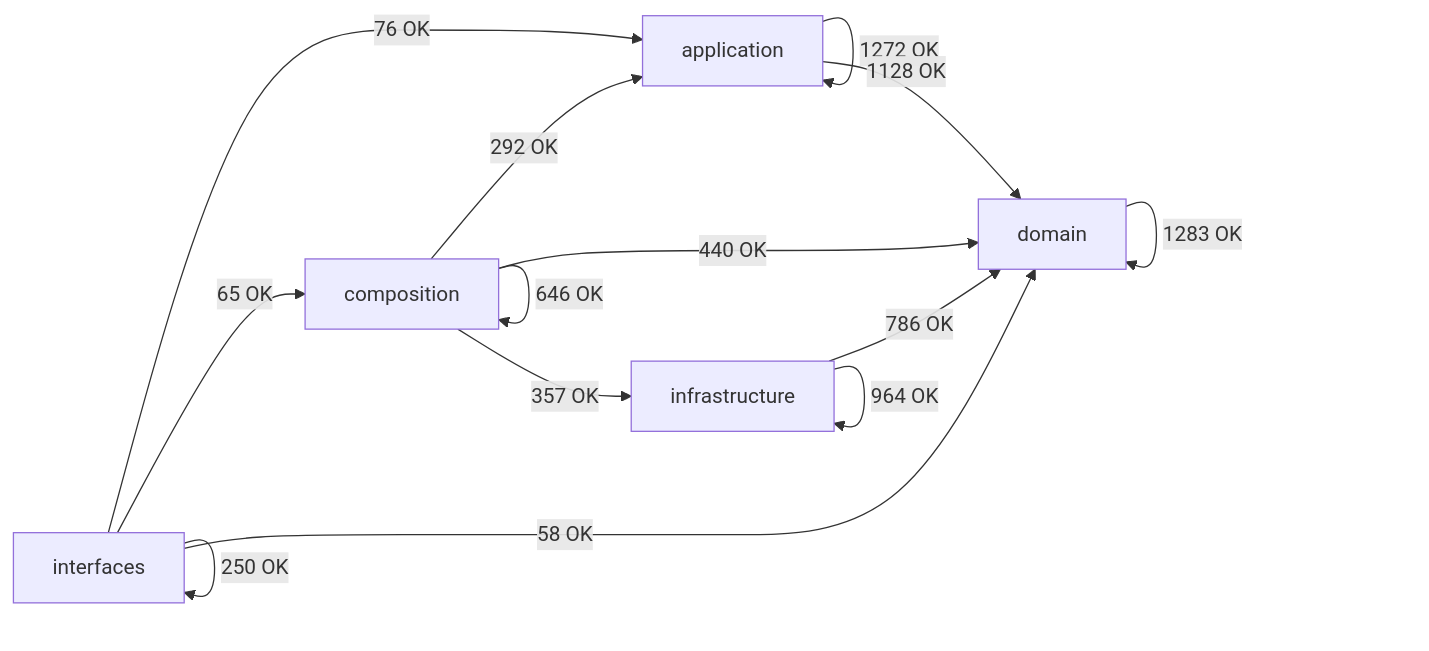
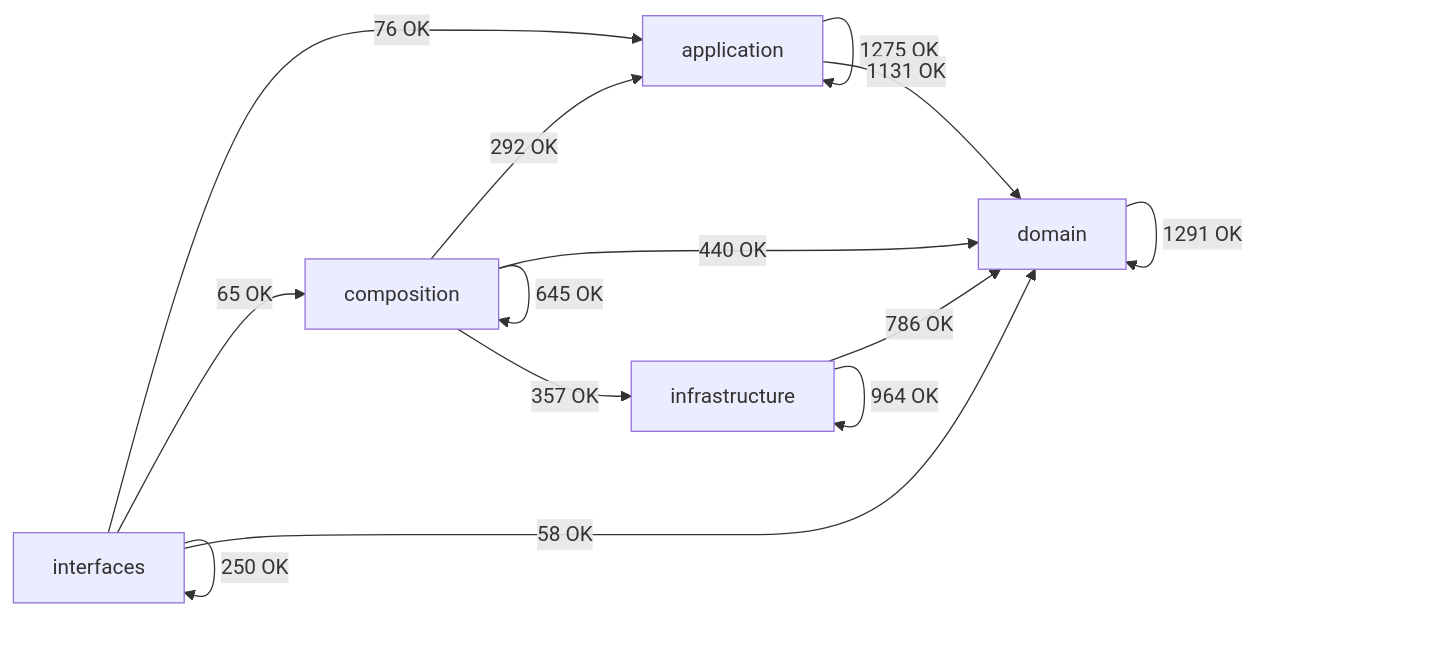
Before and after one commit to SatoryKono/BioactivityDataAcquisition: the diagram in docs/02-architecture/generated/module-dependency-map.md, drawn with Mermaid. The commit also changed other lines of this file and 24 other files, not shown here.

````diff
--- a/docs/02-architecture/generated/module-dependency-map.md
+++ b/docs/02-architecture/generated/module-dependency-map.md
@@ -17,21 +17,21 @@
 ```mermaid
 flowchart LR
     domain[domain]
     application[application]
     infrastructure[infrastructure]
     composition[composition]
     interfaces[interfaces]
-    application -->|1272 OK| application
-    application -->|1128 OK| domain
+    application -->|1275 OK| application
+    application -->|1131 OK| domain
     composition -->|292 OK| application
-    composition -->|646 OK| composition
+    composition -->|645 OK| composition
     composition -->|440 OK| domain
     composition -->|357 OK| infrastructure
-    domain -->|1283 OK| domain
+    domain -->|1291 OK| domain
     infrastructure -->|786 OK| domain
     infrastructure -->|964 OK| infrastructure
     interfaces -->|76 OK| application
     interfaces -->|65 OK| composition
     interfaces -->|58 OK| domain
     interfaces -->|250 OK| interfaces
 ```
````
